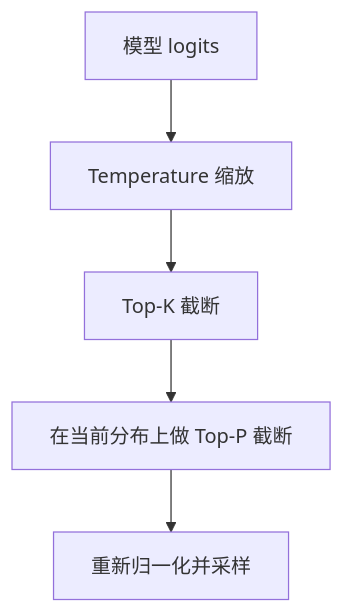
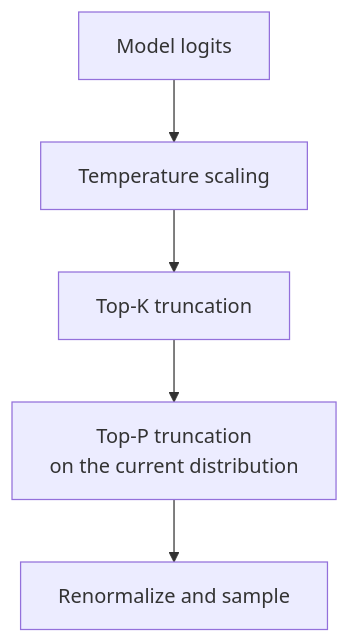
The diagram in docs/llm/03-inference-serving/13-temperature-top-p-top-k.md (oneleaveknowsthefall/awesome-ai-roadmap), drawn with Mermaid before and after one commit. The commit also changed other lines of this file and 92 other files, not shown here.

````diff
--- a/docs/llm/03-inference-serving/13-temperature-top-p-top-k.md
+++ b/docs/llm/03-inference-serving/13-temperature-top-p-top-k.md
@@ -17,7 +17,7 @@
 ```mermaid
 flowchart TB
-    D["模型 logits"] --> T["Temperature 缩放"]
-    T --> K["Top-K 截断"]
-    K --> P["在当前分布上做 Top-P 截断"]
-    P --> N["重新归一化并采样"]
+    D["Model logits"] --> T["Temperature scaling"]
+    T --> K["Top-K truncation"]
+    K --> P["Top-P truncation<br/>on the current distribution"]
+    P --> N["Renormalize and sample"]
 ```
````
